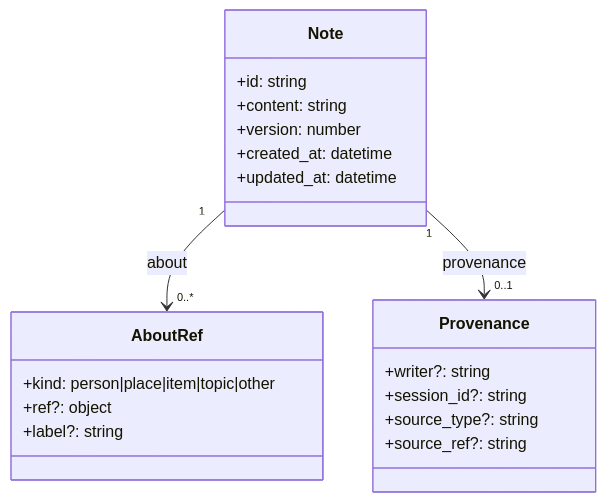
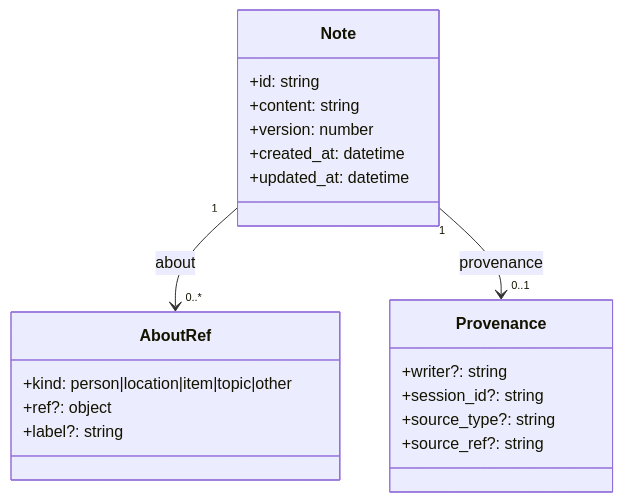
One commit to fcrozetta/mnemosyne changed the first of 2 diagrams in docs/alpha-model.md. Above: the diagram before and after it, drawn with Mermaid. The commit also changed other lines of this file and 2 other files, not shown here.

````diff
--- a/docs/alpha-model.md
+++ b/docs/alpha-model.md
@@ -16,26 +16,26 @@
 ```mermaid
 classDiagram
     class Note {
       +id: string
       +content: string
       +version: number
       +created_at: datetime
       +updated_at: datetime
     }
 
     class AboutRef {
-      +kind: person|place|item|topic|other
+      +kind: person|location|item|topic|other
       +ref?: object
       +label?: string
     }
 
     class Provenance {
       +writer?: string
       +session_id?: string
       +source_type?: string
       +source_ref?: string
     }
 
     Note "1" --> "0..*" AboutRef : about
     Note "1" --> "0..1" Provenance : provenance
 ```
````
